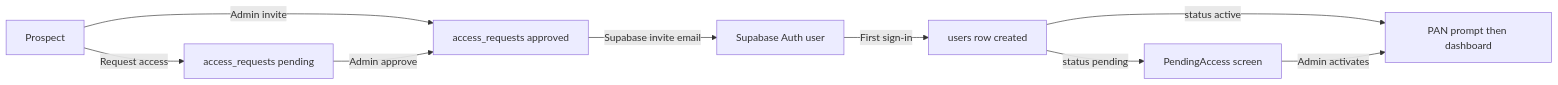
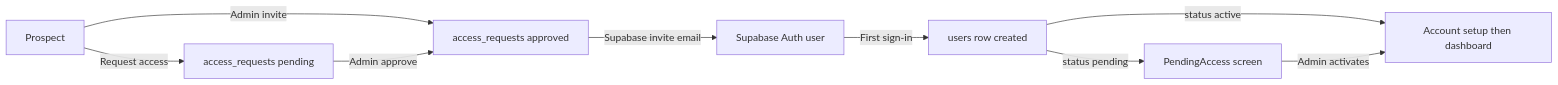
Before and after one commit to dasavik27/FinanceBuddy: the diagram in ONBOARDING.md, drawn with Mermaid. The commit also changed other lines of this file and 14 other files, not shown here.

````diff
--- a/ONBOARDING.md
+++ b/ONBOARDING.md
@@ -75,11 +75,11 @@
 ```mermaid
 flowchart LR
   A[Prospect] -->|Request access| B[access_requests pending]
   A -->|Admin invite| C[access_requests approved]
   B -->|Admin approve| C
   C -->|Supabase invite email| D[Supabase Auth user]
   D -->|First sign-in| E[users row created]
-  E -->|status active| F[PAN prompt then dashboard]
+  E -->|status active| F[Account setup then dashboard]
   E -->|status pending| G[PendingAccess screen]
   G -->|Admin activates| F
 ```
````
